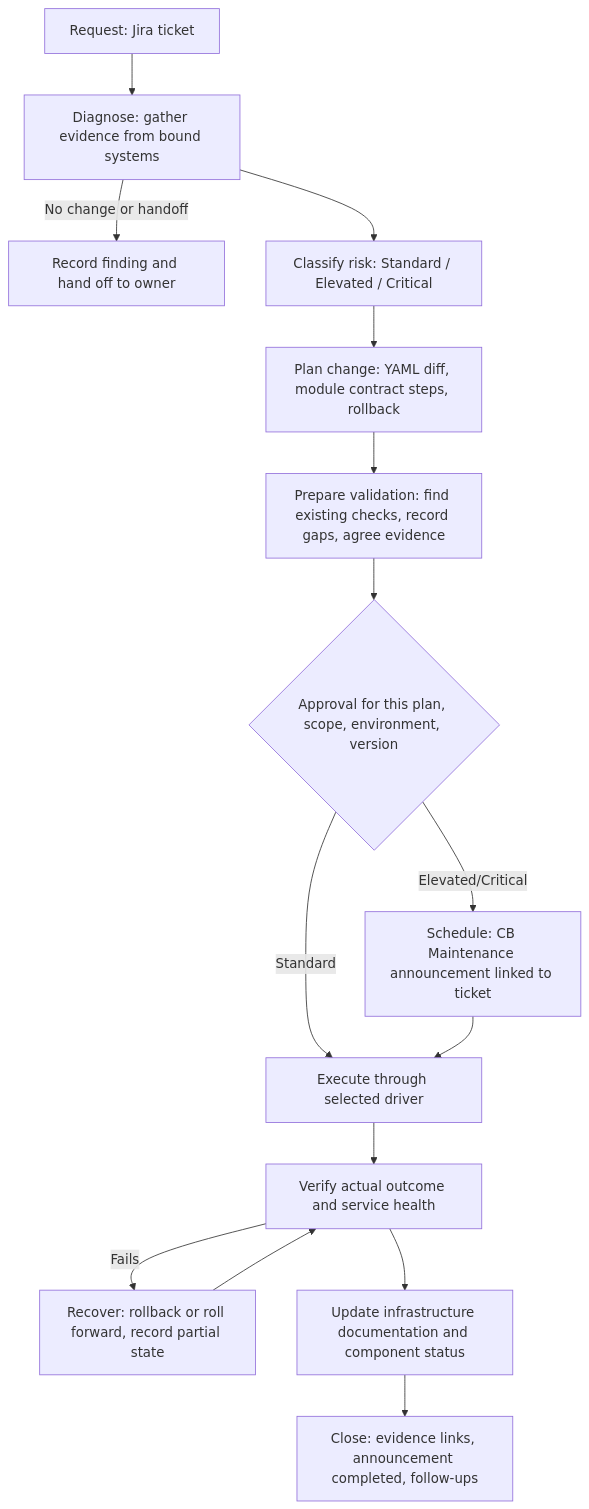
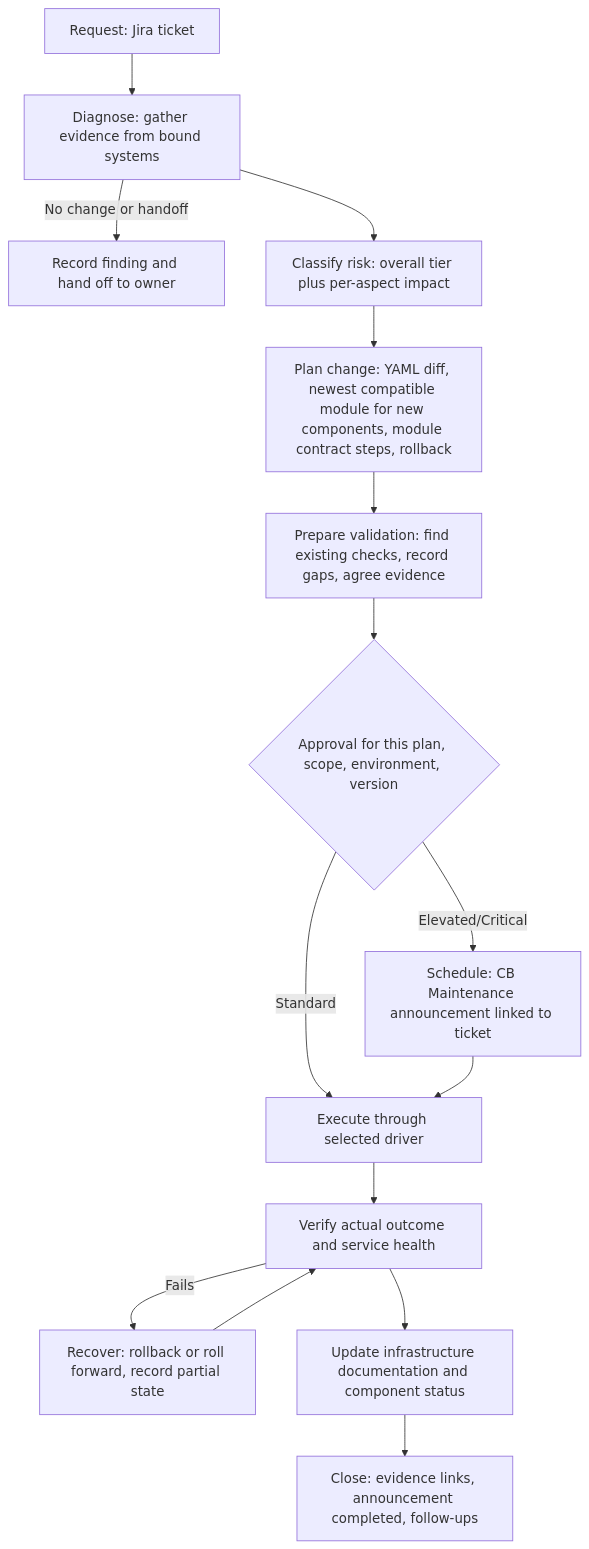
Before and after one commit to dasmeta/boilerplate-infrastructure: the diagram in docs/plans/DMVP-10650-delivery-platform-planning.md, drawn with Mermaid. The commit also changed other lines of this file, not shown here.

First line of the commit message:
docs: add module version rule and per-aspect risk rating to DMVP-10650 plan

````diff
--- a/docs/plans/DMVP-10650-delivery-platform-planning.md
+++ b/docs/plans/DMVP-10650-delivery-platform-planning.md
@@ -172,17 +177,17 @@
 ```mermaid
 flowchart TD
   A[Request: Jira ticket] --> B[Diagnose: gather evidence from bound systems]
   B -->|No change or handoff| Z1[Record finding and hand off to owner]
-  B --> C[Classify risk: Standard / Elevated / Critical]
-  C --> D[Plan change: YAML diff, module contract steps, rollback]
+  B --> C[Classify risk: overall tier plus per-aspect impact]
+  C --> D[Plan change: YAML diff, newest compatible module for new components, module contract steps, rollback]
   D --> E[Prepare validation: find existing checks, record gaps, agree evidence]
   E --> F{Approval for this plan, scope, environment, version}
   F -->|Elevated/Critical| G[Schedule: CB Maintenance announcement linked to ticket]
   F -->|Standard| H
   G --> H[Execute through selected driver]
   H --> I[Verify actual outcome and service health]
   I -->|Fails| R[Recover: rollback or roll forward, record partial state]
   R --> I
   I --> J[Update infrastructure documentation and component status]
   J --> K[Close: evidence links, announcement completed, follow-ups]
 ```
````
